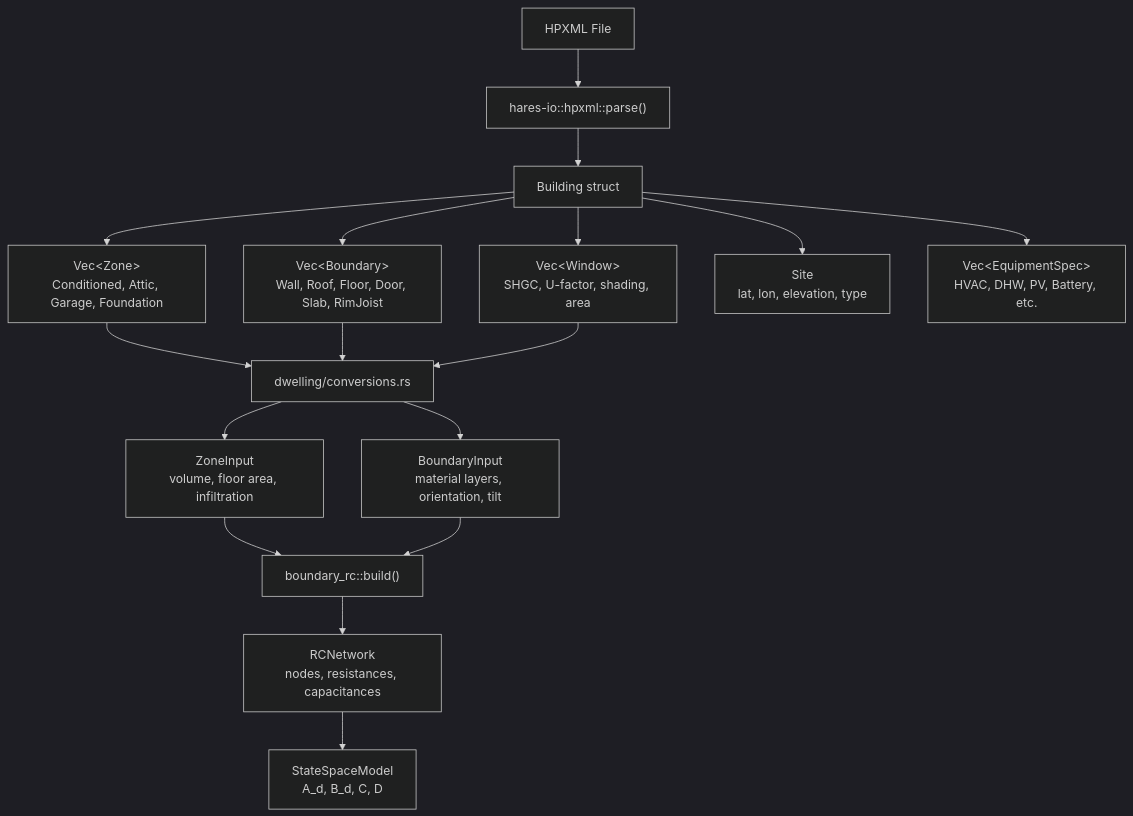
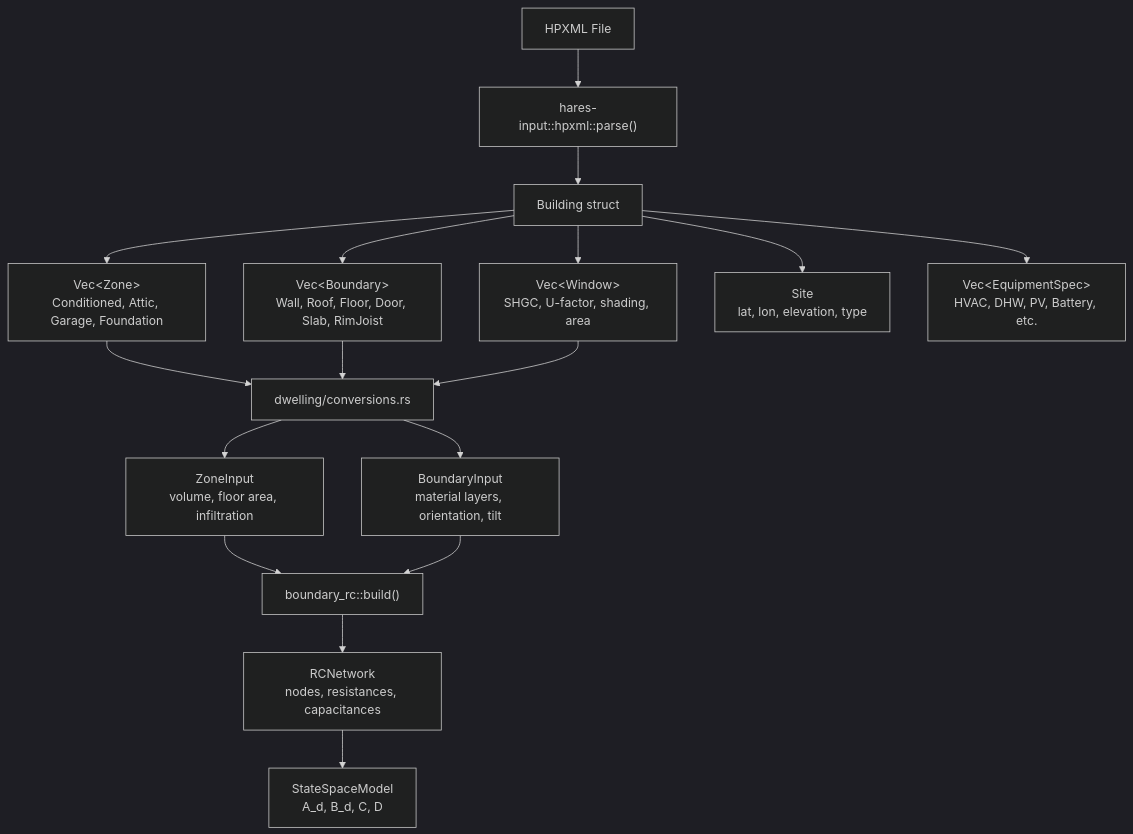
Before and after one commit to AZX-PBC-OSS/HARES: the fifth of 11 diagrams in docs/architecture.md, drawn with Mermaid (dark theme). The commit also changed other lines of this file and 322 other files, not shown here.

````diff
--- a/docs/architecture.md
+++ b/docs/architecture.md
@@ -390,20 +399,20 @@
 ```mermaid
 graph TD
-    HPXML["HPXML File"] --> Parser["hares-io::hpxml::parse()"]
+    HPXML["HPXML File"] --> Parser["hares-input::hpxml::parse()"]
     Parser --> Building["Building struct"]
     Building --> Zones["Vec&lt;Zone&gt;<br/>Conditioned, Attic, Garage, Foundation"]
     Building --> Boundaries["Vec&lt;Boundary&gt;<br/>Wall, Roof, Floor, Door, Slab, RimJoist"]
     Building --> Windows["Vec&lt;Window&gt;<br/>SHGC, U-factor, shading, area"]
     Building --> Site["Site<br/>lat, lon, elevation, type"]
     Building --> EquipSpec["Vec&lt;EquipmentSpec&gt;<br/>HVAC, DHW, PV, Battery, etc."]
 
     Zones --> Conv["dwelling/conversions.rs"]
     Boundaries --> Conv
     Windows --> Conv
     Conv --> ZoneInputs["ZoneInput<br/>volume, floor area, infiltration"]
     Conv --> BoundaryInputs["BoundaryInput<br/>material layers, orientation, tilt"]
     ZoneInputs --> RCBuild["boundary_rc::build()"]
     BoundaryInputs --> RCBuild
     RCBuild --> RCNet["RCNetwork<br/>nodes, resistances, capacitances"]
     RCNet --> SS["StateSpaceModel<br/>A_d, B_d, C, D"]
 ```
````
